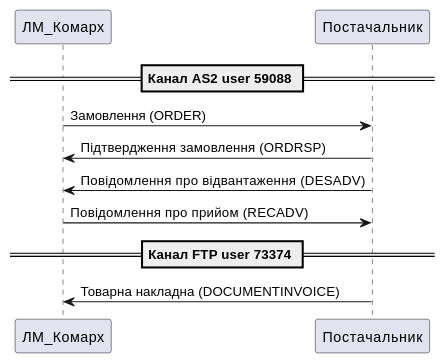
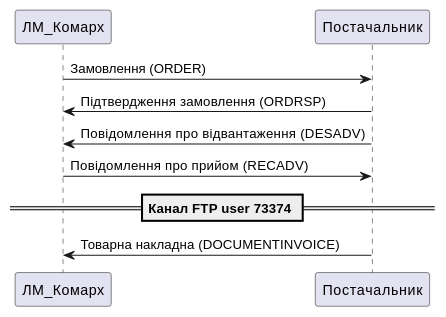
Before and after one commit to EDI-N/DocsClone5: the diagram in docs/uml_test.rst, drawn with PlantUML.

```diff
--- a/docs/uml_test.rst
+++ b/docs/uml_test.rst
@@ -13,20 +13,18 @@
 .. uml::
    :scale: 100 %
    :align: center
 
    @startuml
 
-   == Канал AS2 user 59088 ==
-   
    ЛМ_Комарх -> Постачальник: Замовлення (ORDER)
    ЛМ_Комарх <- Постачальник: Підтвердження замовлення (ORDRSP)
    ЛМ_Комарх <- Постачальник: Повідомлення про відвантаження (DESADV)
    ЛМ_Комарх -> Постачальник: Повідомлення про прийом (RECADV)
 
    == Канал FTP user 73374 ==
 
    ЛМ_Комарх <- Постачальник: Товарна накладна (DOCUMENTINVOICE)
 
    @enduml
    
    happy end
```
